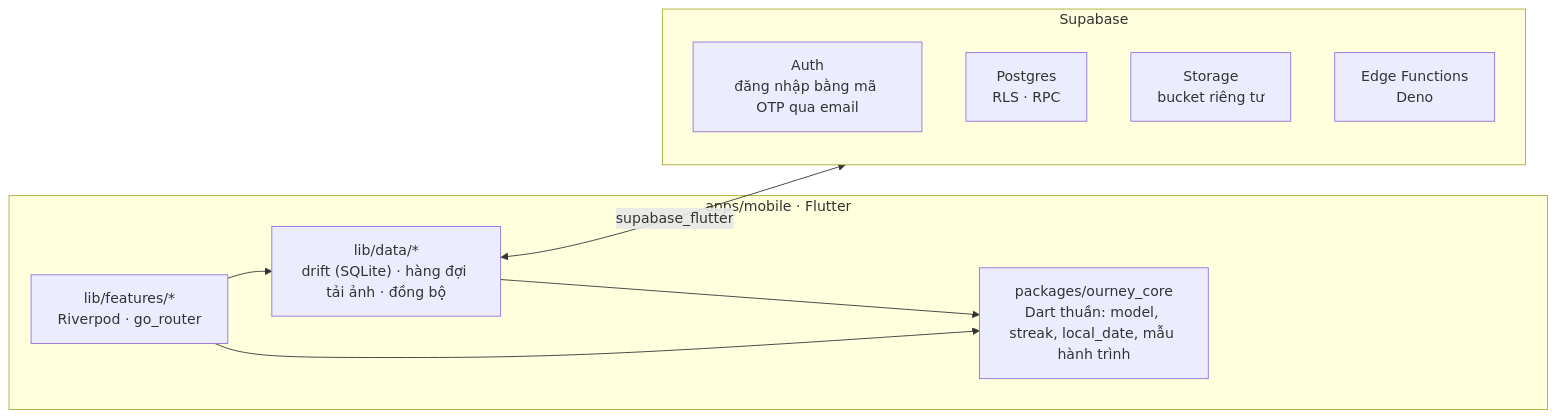
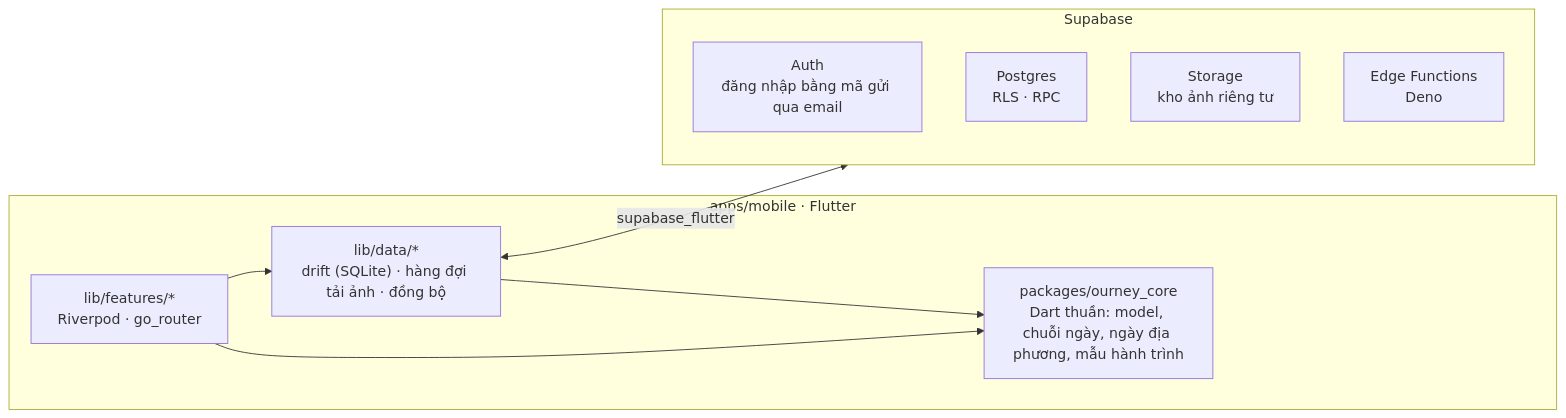
The diagram in README.md (hofang42/Ourney), drawn with Mermaid before and after one commit. The commit also changed other lines of this file, not shown here.

````diff
--- a/README.md
+++ b/README.md
@@ -71,18 +73,18 @@
 ```mermaid
 flowchart LR
   subgraph app["apps/mobile · Flutter"]
     features["lib/features/*<br/>Riverpod · go_router"]
     data["lib/data/*<br/>drift (SQLite) · hàng đợi tải ảnh · đồng bộ"]
-    core["packages/ourney_core<br/>Dart thuần: model, streak, local_date, mẫu hành trình"]
+    core["packages/ourney_core<br/>Dart thuần: model, chuỗi ngày, ngày địa phương, mẫu hành trình"]
     features --> data
     features --> core
     data --> core
   end
   subgraph supabase["Supabase"]
-    auth["Auth<br/>đăng nhập bằng mã OTP qua email"]
+    auth["Auth<br/>đăng nhập bằng mã gửi qua email"]
     db["Postgres<br/>RLS · RPC"]
-    storage["Storage<br/>bucket riêng tư"]
+    storage["Storage<br/>kho ảnh riêng tư"]
     functions["Edge Functions<br/>Deno"]
   end
   data <-->|supabase_flutter| supabase
 ```
````
